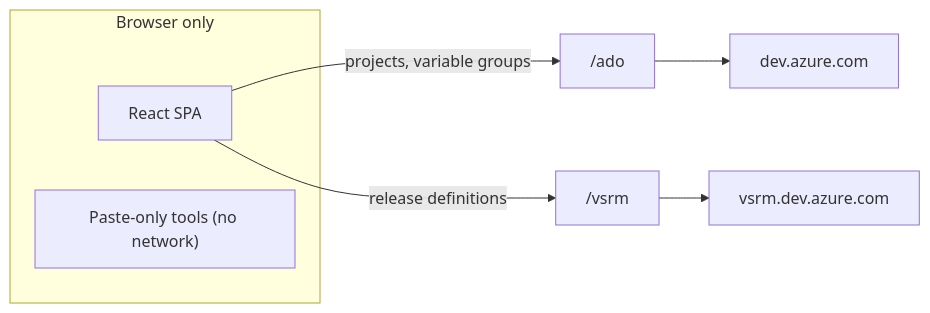
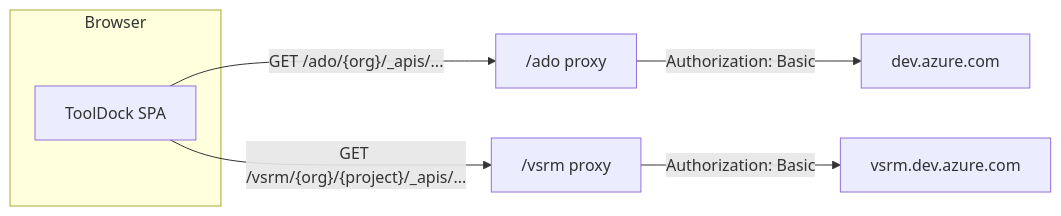
Before and after one commit to nishantxrana/tooldock: the diagram in README.md, drawn with Mermaid. The commit also changed other lines of this file and 1 other file, not shown here.

````diff
--- a/README.md
+++ b/README.md
@@ -16,11 +16,10 @@
 ```mermaid
 flowchart LR
-  subgraph browserOnly [Browser only]
-    SPA["React SPA"]
-    Paste["Paste-only tools (no network)"]
+  subgraph Browser
+    SPA["ToolDock SPA"]
   end
-  SPA -->|"projects, variable groups"| AdoProxy["/ado"]
-  SPA -->|"release definitions"| VsrmProxy["/vsrm"]
-  AdoProxy --> Ado["dev.azure.com"]
-  VsrmProxy --> Vsrm["vsrm.dev.azure.com"]
+  SPA -->|"GET /ado/{org}/_apis/..."| ProxyAdo["/ado proxy"]
+  SPA -->|"GET /vsrm/{org}/{project}/_apis/..."| ProxyVsrm["/vsrm proxy"]
+  ProxyAdo -->|"Authorization: Basic"| Ado["dev.azure.com"]
+  ProxyVsrm -->|"Authorization: Basic"| Vsrm["vsrm.dev.azure.com"]
 ```
````
